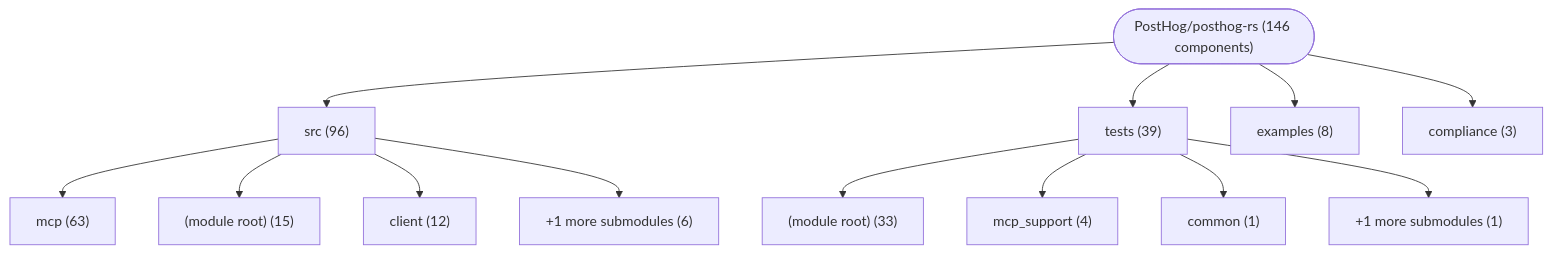
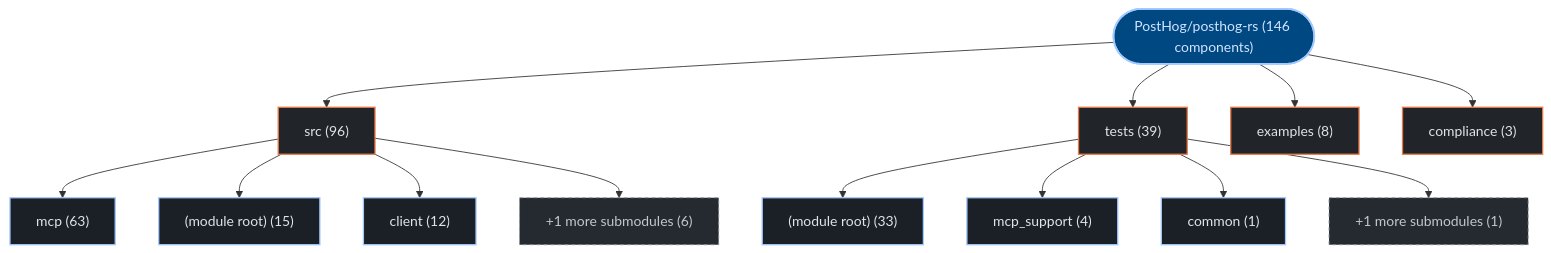
Before and after one commit to kumarshaz/atruss-code-atlas: the first of 3 diagrams in exports/latest/reports/PostHog-posthog-rs-report.md, drawn with Mermaid. The commit also changed other lines of this file and 331 other files, not shown here.

Commit message:
docs,ui,fix: update SDLC docs, reorder CI/CD DAG first, stylize Mermaid, and fix Arc42 pipeline topology

````diff
--- a/exports/latest/reports/PostHog-posthog-rs-report.md
+++ b/exports/latest/reports/PostHog-posthog-rs-report.md
@@ -42,28 +42,35 @@
 ```mermaid
 graph TD;
-    repo_root(["PostHog/posthog-rs (146 components)"])
-    dir_0_src["src (96)"]
+  classDef atlasRoot fill:#004882,stroke:#a3c9ff,stroke-width:2px,color:#d3e4ff
+  classDef atlasCategory fill:#212428,stroke:#E87A48,stroke-width:1.5px,color:#dfe3eb
+  classDef atlasWorkflow fill:#1b2026,stroke:#a3c9ff,stroke-width:1.5px,color:#dfe3eb
+  classDef atlasJob fill:#171c22,stroke:#8d9199,stroke-width:1px,color:#dfe3eb
+  classDef atlasTarget fill:#005227,stroke:#8bd99b,stroke-width:1.5px,color:#a7f6b6
+  classDef atlasAlert fill:#93000a,stroke:#ffb4ab,stroke-width:1.5px,color:#ffdad6
+  classDef atlasMore fill:#252a31,stroke:#8d9199,stroke-dasharray:4 4,color:#c3c6cf
+    repo_root(["PostHog/posthog-rs (146 components)"]):::atlasRoot
+    dir_0_src["src (96)"]:::atlasCategory
     repo_root --> dir_0_src
-    sub_0_0_mcp["mcp (63)"]
+    sub_0_0_mcp["mcp (63)"]:::atlasWorkflow
     dir_0_src --> sub_0_0_mcp
-    sub_0_1__module_root_["(module root) (15)"]
+    sub_0_1__module_root_["(module root) (15)"]:::atlasWorkflow
     dir_0_src --> sub_0_1__module_root_
-    sub_0_2_client["client (12)"]
+    sub_0_2_client["client (12)"]:::atlasWorkflow
     dir_0_src --> sub_0_2_client
-    sub_0_more["+1 more submodules (6)"]
+    sub_0_more["+1 more submodules (6)"]:::atlasMore
     dir_0_src --> sub_0_more
-    dir_1_tests["tests (39)"]
+    dir_1_tests["tests (39)"]:::atlasCategory
     repo_root --> dir_1_tests
-    sub_1_0__module_root_["(module root) (33)"]
+    sub_1_0__module_root_["(module root) (33)"]:::atlasWorkflow
     dir_1_tests --> sub_1_0__module_root_
-    sub_1_1_mcp_support["mcp_support (4)"]
+    sub_1_1_mcp_support["mcp_support (4)"]:::atlasWorkflow
     dir_1_tests --> sub_1_1_mcp_support
-    sub_1_2_common["common (1)"]
+    sub_1_2_common["common (1)"]:::atlasWorkflow
     dir_1_tests --> sub_1_2_common
-    sub_1_more["+1 more submodules (1)"]
+    sub_1_more["+1 more submodules (1)"]:::atlasMore
     dir_1_tests --> sub_1_more
-    dir_2_examples["examples (8)"]
+    dir_2_examples["examples (8)"]:::atlasCategory
     repo_root --> dir_2_examples
-    dir_3_compliance["compliance (3)"]
+    dir_3_compliance["compliance (3)"]:::atlasCategory
     repo_root --> dir_3_compliance
 ```
````
